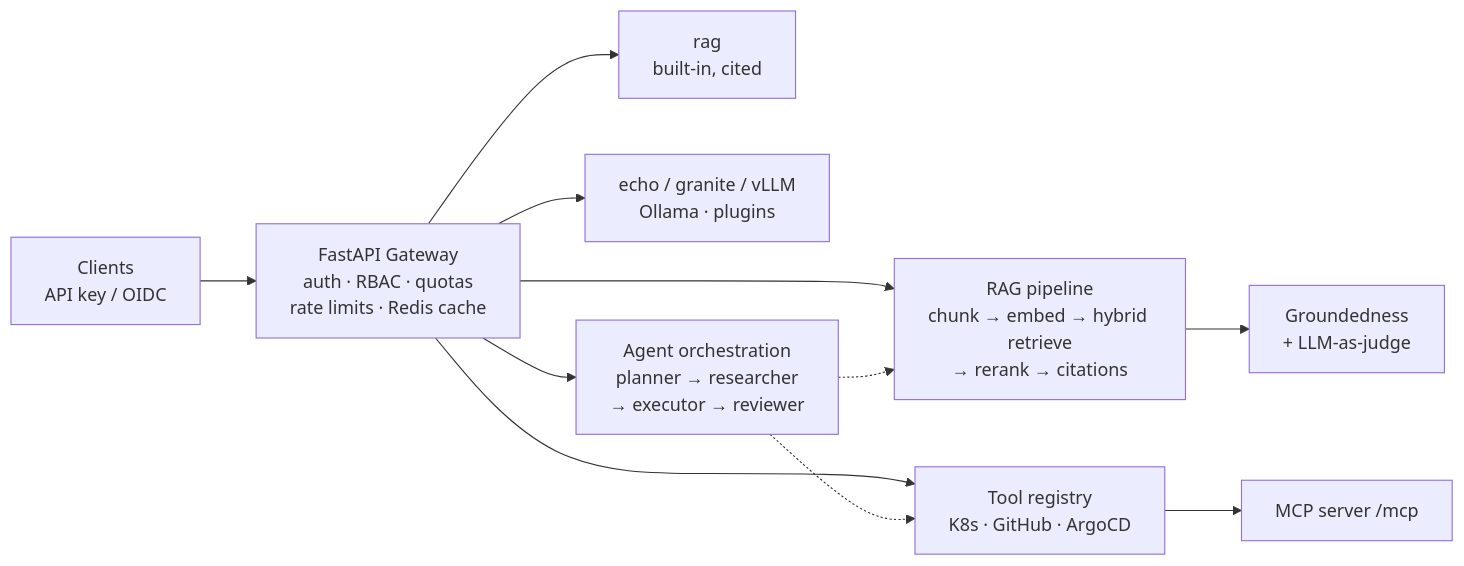
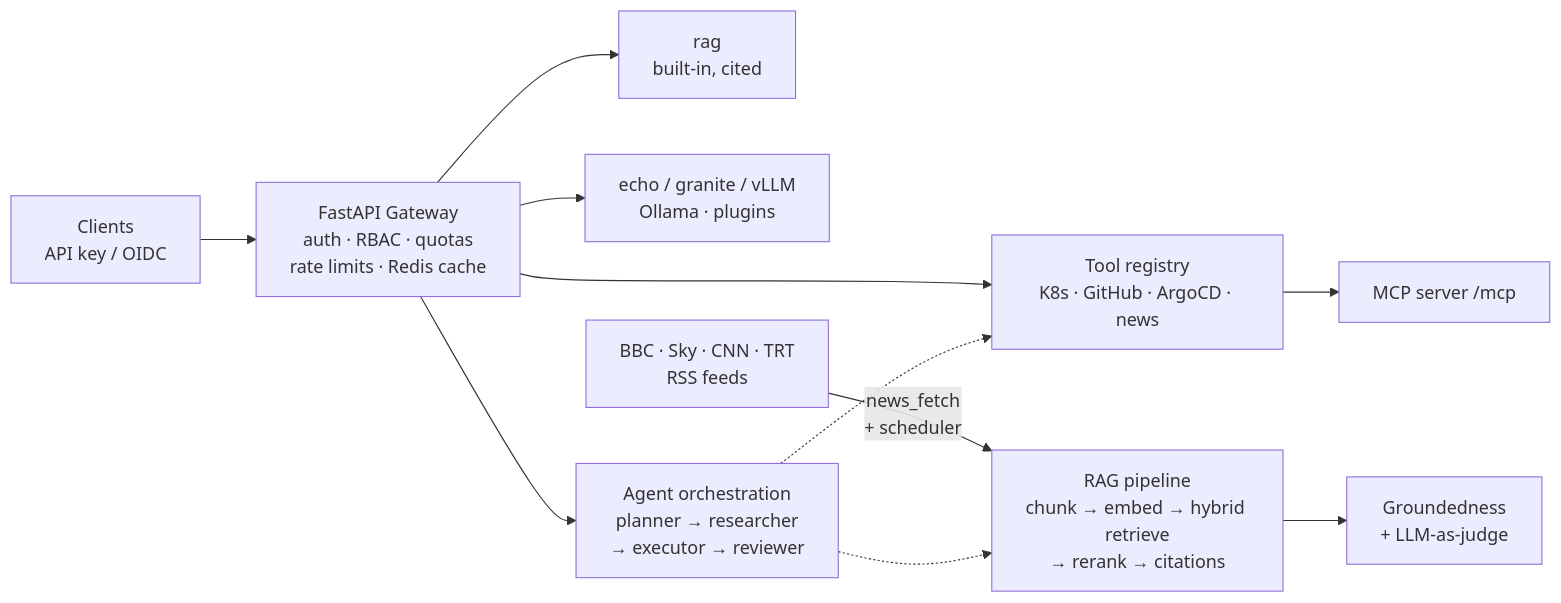
The diagram in README.md (aktaseren/goalway), drawn with Mermaid before and after one commit. The commit also changed other lines of this file and 1 other file, not shown here.

First line of the commit message:
docs: README and demo brought up to date with the news + QA layers

````diff
--- a/README.md
+++ b/README.md
@@ -26,13 +26,13 @@
 ```mermaid
 flowchart LR
     C[Clients<br/>API key / OIDC] --> GW[FastAPI Gateway<br/>auth · RBAC · quotas<br/>rate limits · Redis cache]
     GW --> B1[rag<br/>built-in, cited]
     GW --> B2[echo / granite / vLLM<br/>Ollama · plugins]
-    GW --> RAG[RAG pipeline<br/>chunk → embed → hybrid retrieve<br/>→ rerank → citations]
+    N[BBC · Sky · CNN · TRT<br/>RSS feeds] -->|news_fetch<br/>+ scheduler| RAG[RAG pipeline<br/>chunk → embed → hybrid retrieve<br/>→ rerank → citations]
     RAG --> G[Groundedness<br/>+ LLM-as-judge]
-    GW --> T[Tool registry<br/>K8s · GitHub · ArgoCD]
+    GW --> T[Tool registry<br/>K8s · GitHub · ArgoCD · news]
     T --> MCP[MCP server /mcp]
     GW --> A[Agent orchestration<br/>planner → researcher<br/>→ executor → reviewer]
     A -.-> T
     A -.-> RAG
 ```
````
